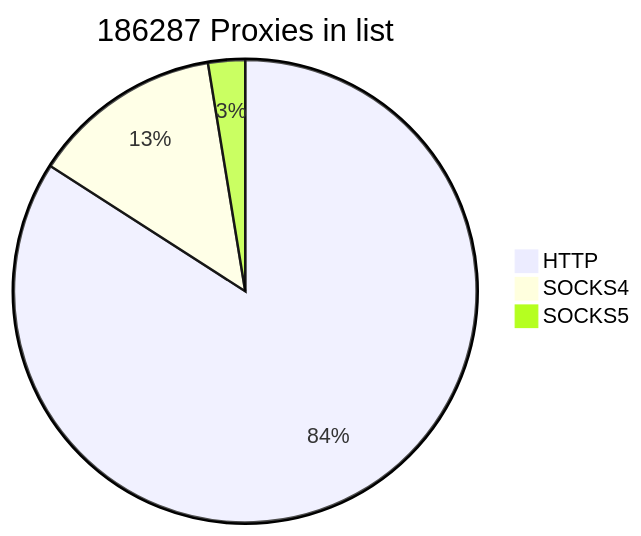
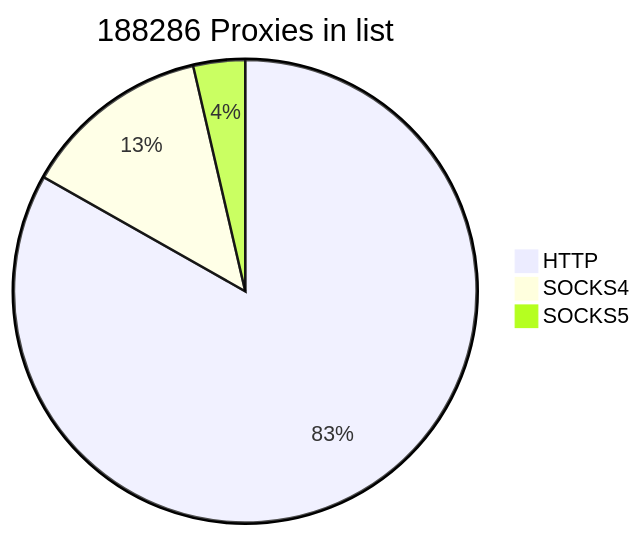
Before and after one commit to cutipu/proxylist: the first of 2 diagrams in README.md, drawn with Mermaid. The commit also changed other lines of this file, not shown here.

````diff
--- a/README.md
+++ b/README.md
@@ -2,7 +2,7 @@
 ```mermaid
-pie title 186287 Proxies in list
+pie title 188286 Proxies in list
     "HTTP" : 156655
     "SOCKS4" : 24823
-    "SOCKS5" : 4809
+    "SOCKS5" : 6808
             
 ```
````
